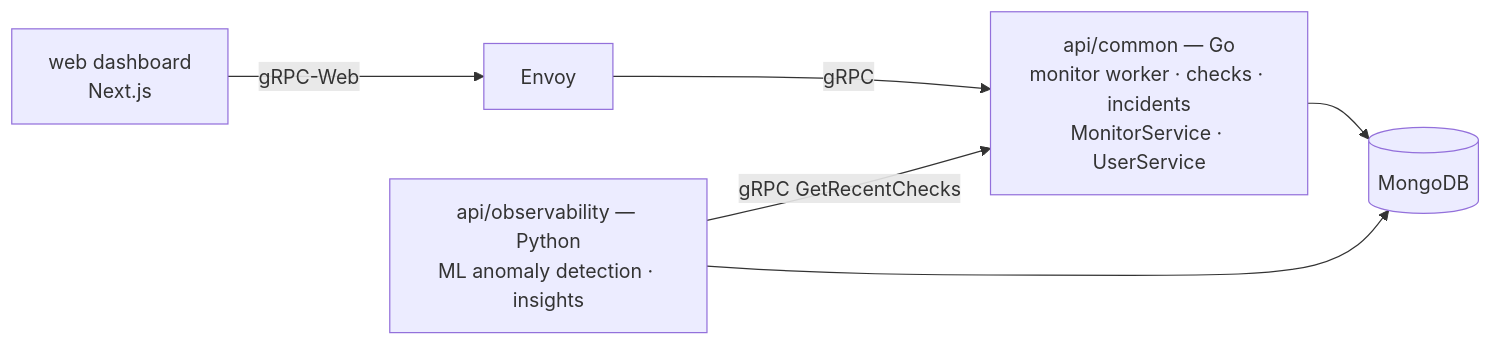
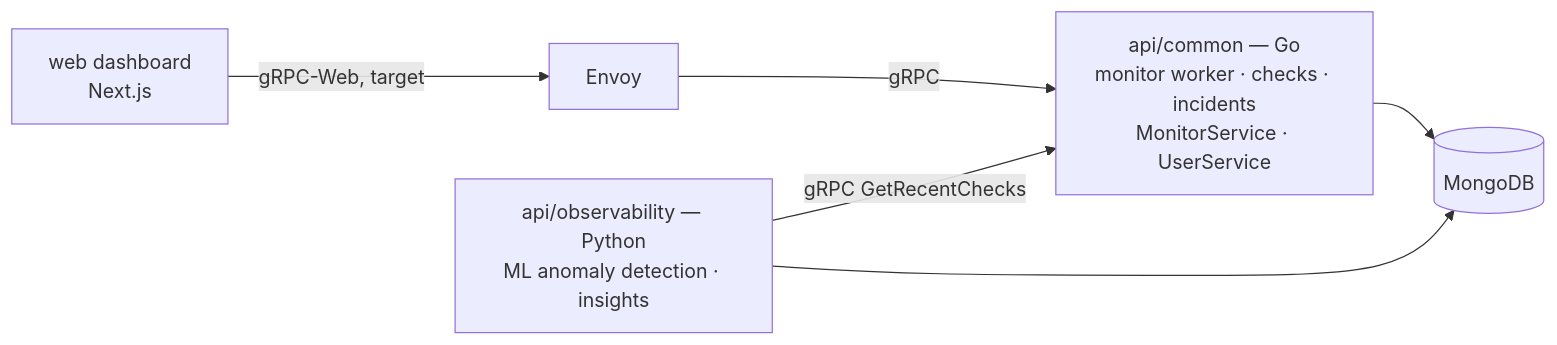
The diagram in README.md (cuesoftinc/upstat), drawn with Mermaid before and after one commit. The commit also changed other lines of this file and 83 other files, not shown here.

````diff
--- a/README.md
+++ b/README.md
@@ -22,8 +28,8 @@
 ```mermaid
 flowchart LR
-    WEB[web dashboard<br/>Next.js] -->|gRPC-Web| ENV[Envoy]
+    WEB[web dashboard<br/>Next.js] -->|gRPC-Web, target| ENV[Envoy]
     ENV -->|gRPC| AC[api/common — Go<br/>monitor worker · checks · incidents<br/>MonitorService · UserService]
     OBS[api/observability — Python<br/>ML anomaly detection · insights] -->|gRPC GetRecentChecks| AC
     AC --> MG[(MongoDB)]
     OBS --> MG
 ```
````
